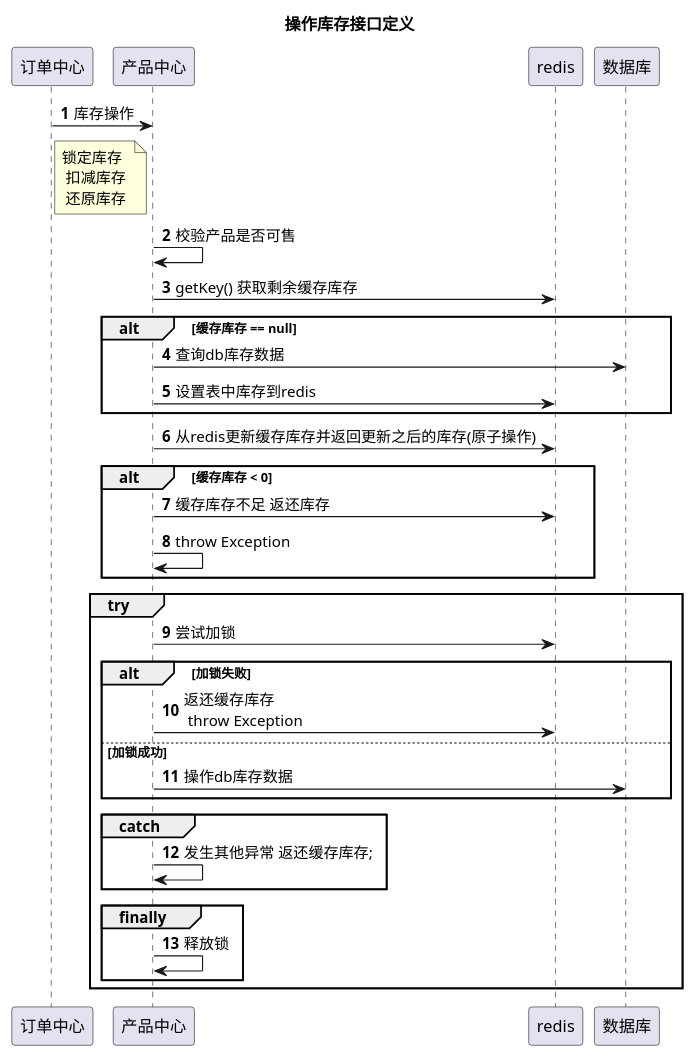
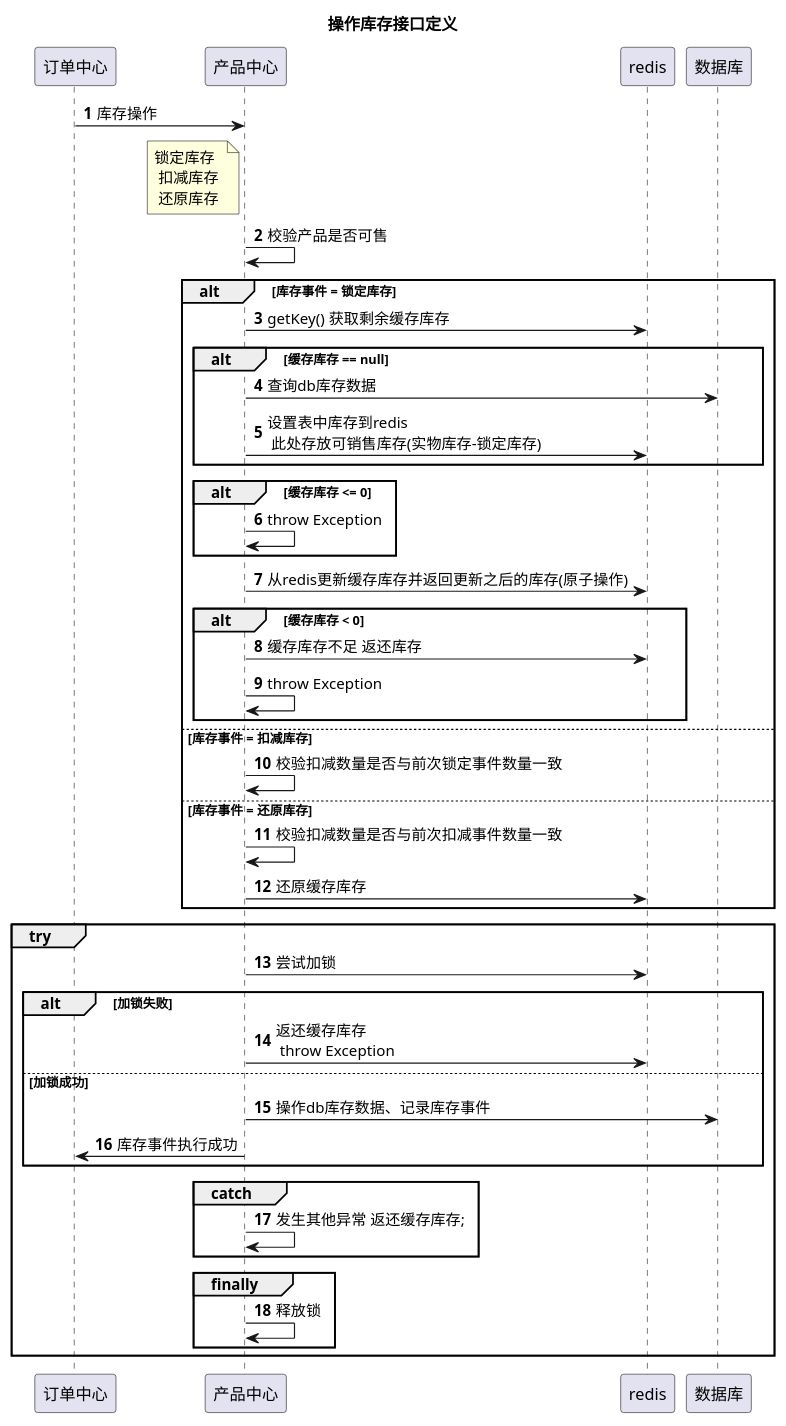
Before and after one commit to learnxin/testdemo: the diagram in src/main/resources/plantuml/nh/lession_subscribe.puml, drawn with PlantUML. The commit also changed 1 other file, not shown here.

```diff
--- a/src/main/resources/plantuml/nh/lession_subscribe.puml
+++ b/src/main/resources/plantuml/nh/lession_subscribe.puml
@@ -1,42 +1,56 @@
 @startuml
 title 操作库存接口定义
 
 autonumber
 participant "订单中心" as vc
 participant "产品中心" as cpm
 participant "redis" as redis
 participant "数据库" as db
 
 vc -> cpm: 库存操作
 note left of cpm:锁定库存 \n 扣减库存 \n 还原库存
+
+
 cpm -> cpm: 校验产品是否可售
+alt 库存事件 = 锁定库存
+
 cpm -> redis: getKey() 获取剩余缓存库存
 alt 缓存库存 == null
 cpm -> db :查询db库存数据
-cpm -> redis:  设置表中库存到redis
+cpm -> redis:  设置表中库存到redis \n 此处存放可销售库存(实物库存-锁定库存)
+end
+alt 缓存库存 <= 0
+cpm->cpm :throw Exception
 end
 cpm -> redis: 从redis更新缓存库存并返回更新之后的库存(原子操作)
 alt 缓存库存 < 0
 cpm -> redis: 缓存库存不足 返还库存
 cpm->cpm :throw Exception
+end
+else 库存事件 = 扣减库存
+cpm -> cpm : 校验扣减数量是否与前次锁定事件数量一致
+else 库存事件 = 还原库存
+cpm -> cpm : 校验扣减数量是否与前次扣减事件数量一致
+cpm -> redis: 还原缓存库存
 end
 
 group try
 'cpm->cpm:// 尝试加锁\nboolean isLocked = lock.tryLock(500, 1000, TimeUnit.MILLISECONDS);\n//    加锁失败 返还名额 throw ex\n        if (!isLocked) {\n                         cacheManager.atomicGetAndAdd(key, -num);\n                         throw new VcRpcException(CommonResponseCode.LockFailure);\n                     }        \n                     // 更新课程剩余名额\n                     trainDo.setScale(scale);\n                     trainService.updateTrain(trainDo, clientInfo);
 cpm->redis:尝试加锁
 alt 加锁失败
 cpm -> redis:返还缓存库存 \n throw Exception
 else 加锁成功
-cpm -> db :操作db库存数据
+cpm -> db :操作db库存数据、记录库存事件
+cpm -> vc :库存事件执行成功
 end
 group catch
 cpm -> cpm: 发生其他异常 返还缓存库存;
 
 end
 
 group finally
 cpm -> cpm: 释放锁
 end
 end
 
 @enduml
```
